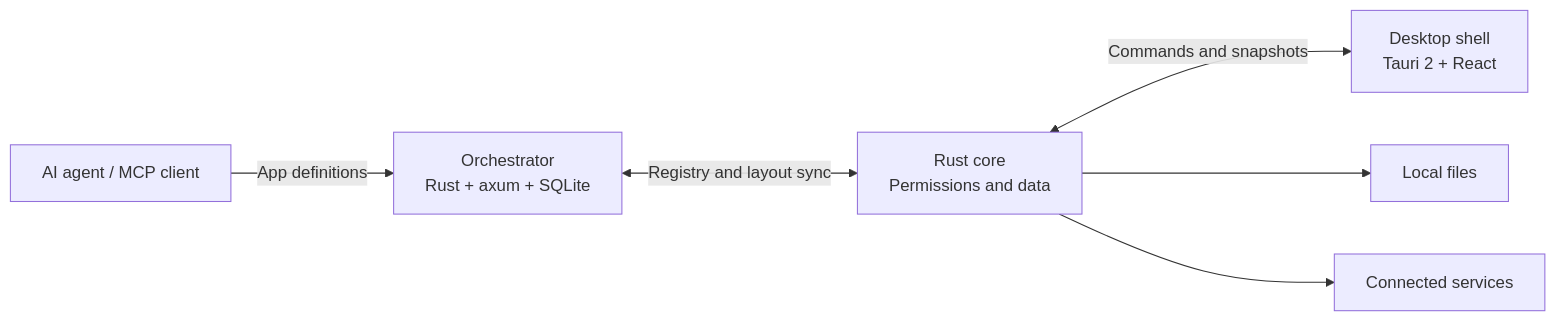
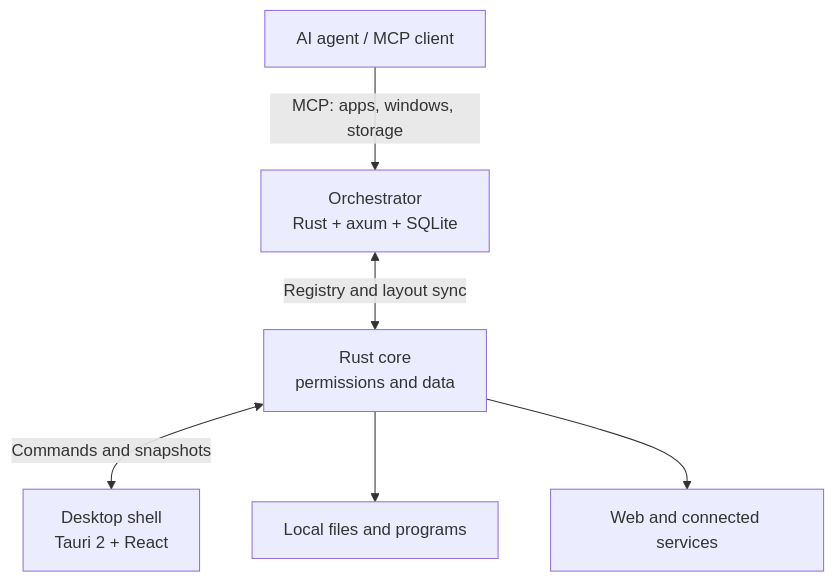
The diagram in README.md (eiaserinnys/kaleidoscope), drawn with Mermaid before and after one commit. The commit also changed other lines of this file and 3 other files, not shown here.

````diff
--- a/README.md
+++ b/README.md
@@ -29,8 +27,8 @@
 ```mermaid
-flowchart LR
-    Agent[AI agent / MCP client] -->|App definitions| Server[Orchestrator\nRust + axum + SQLite]
-    Server <-->|Registry and layout sync| Core[Rust core\nPermissions and data]
-    Core <-->|Commands and snapshots| UI[Desktop shell\nTauri 2 + React]
-    Core --> Files[Local files]
-    Core --> Services[Connected services]
+flowchart TB
+    Agent[AI agent / MCP client] -->|MCP: apps, windows, storage| Server[Orchestrator<br/>Rust + axum + SQLite]
+    Server <-->|Registry and layout sync| Core[Rust core<br/>permissions and data]
+    Core <-->|Commands and snapshots| UI[Desktop shell<br/>Tauri 2 + React]
+    Core --> Files[Local files and programs]
+    Core --> Services[Web and connected services]
 ```
````
